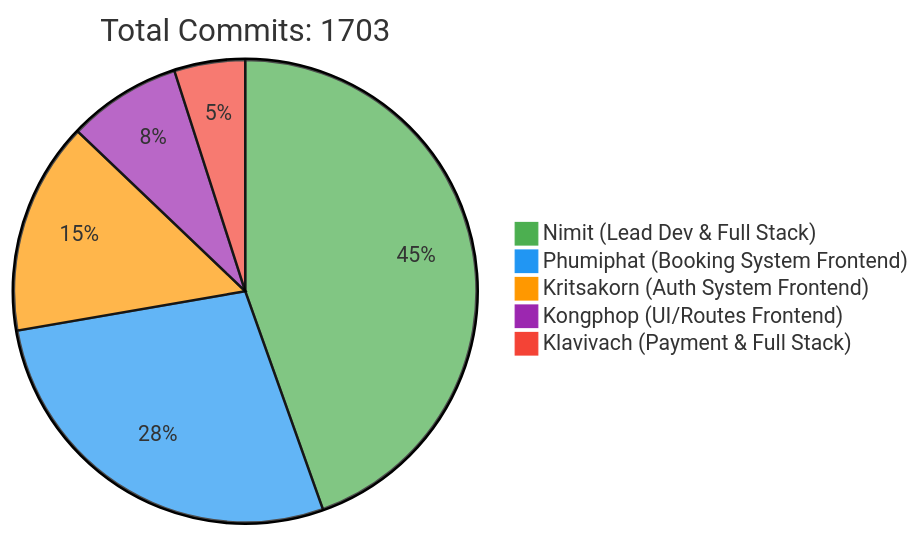
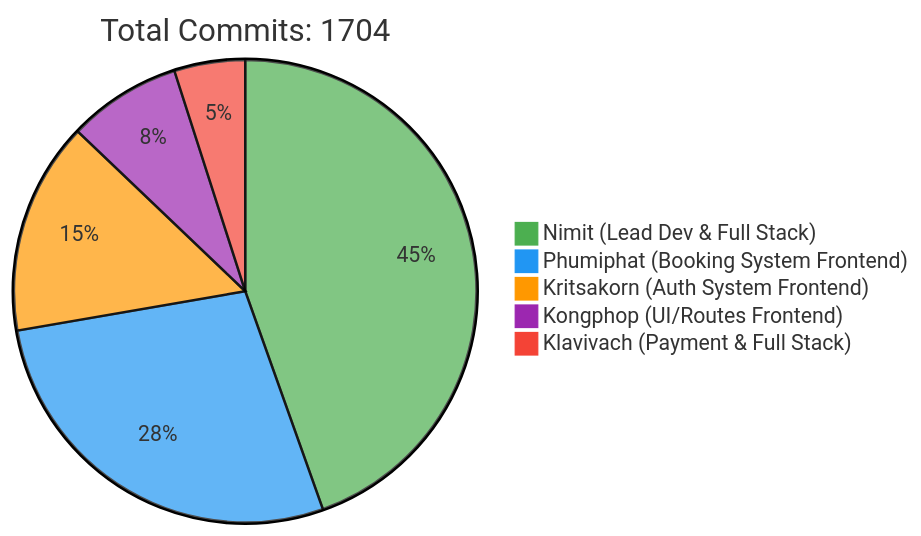
Before and after one commit to 6531503042/Sport-Complex: the first of 2 diagrams in README.md, drawn with Mermaid. The commit also changed other lines of this file, not shown here.

Commit message:
docs: Update contributor statistics [skip ci]

````diff
--- a/README.md
+++ b/README.md
@@ -257,10 +257,10 @@
 ```mermaid
 %%{init: {'theme': 'base', 'themeVariables': { 'pie1': '#4CAF50', 'pie2': '#2196F3', 'pie3': '#FF9800', 'pie4': '#9C27B0', 'pie5': '#F44336'}}}%%
 pie
-    title Total Commits: 1703
+    title Total Commits: 1704
     "Nimit (Lead Dev & Full Stack)" : 450
     "Phumiphat (Booking System Frontend)" : 280
     "Kritsakorn (Auth System Frontend)" : 150
     "Kongphop (UI/Routes Frontend)" : 80
     "Klavivach (Payment & Full Stack)" : 50
 ```
````
